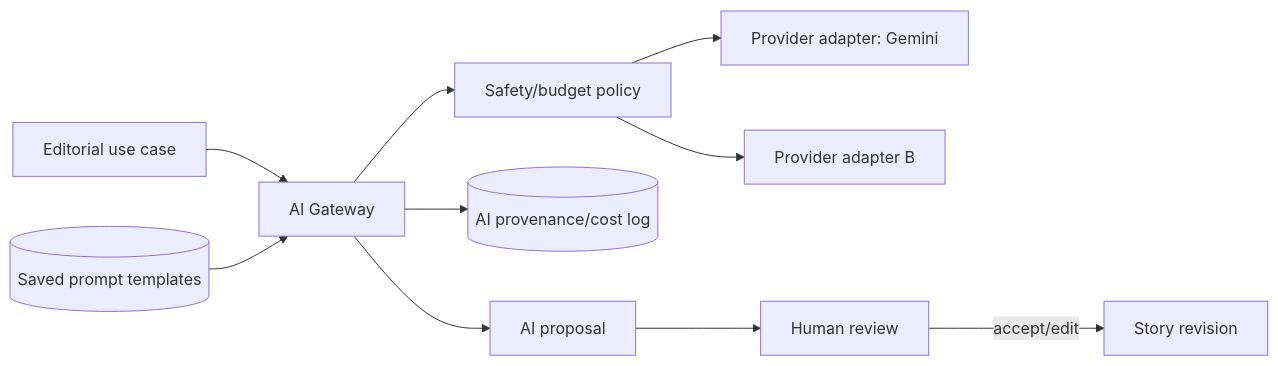
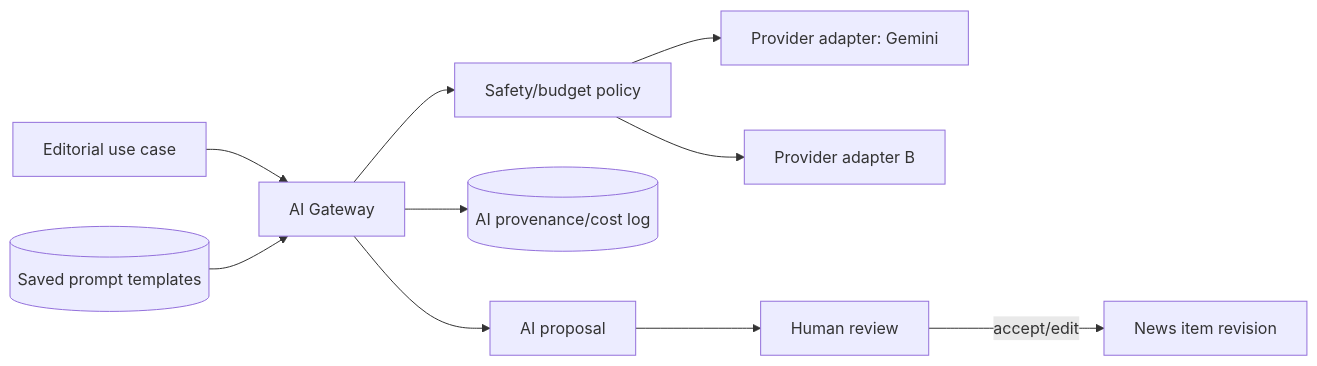
One commit to Cipher-Text/fact-lens changed the diagram in docs/11-ai-architecture.md. Above: the diagram before and after it, drawn with Mermaid. The commit also changed other lines of this file and 103 other files, not shown here.

First line of the commit message:
Rename the domain word from "story" to "news"

````diff
--- a/docs/11-ai-architecture.md
+++ b/docs/11-ai-architecture.md
@@ -7,12 +7,12 @@
 ```mermaid
 flowchart LR
   USE[Editorial use case] --> G[AI Gateway]
   PT[(Saved prompt templates)] --> G
   G --> POLICY[Safety/budget policy]
   POLICY --> P1[Provider adapter: Gemini]
   POLICY --> P2[Provider adapter B]
   G --> LOG[(AI provenance/cost log)]
   G --> PROP[AI proposal]
   PROP --> REVIEW[Human review]
-  REVIEW -->|accept/edit| REV[Story revision]
+  REVIEW -->|accept/edit| REV[News item revision]
 ```
````
